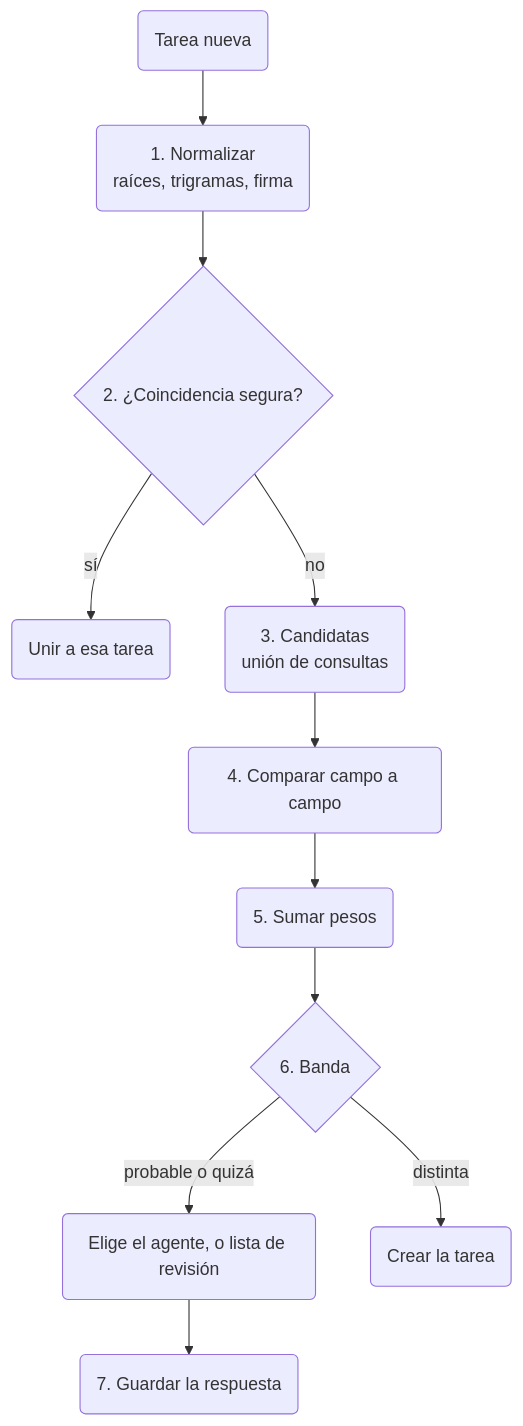
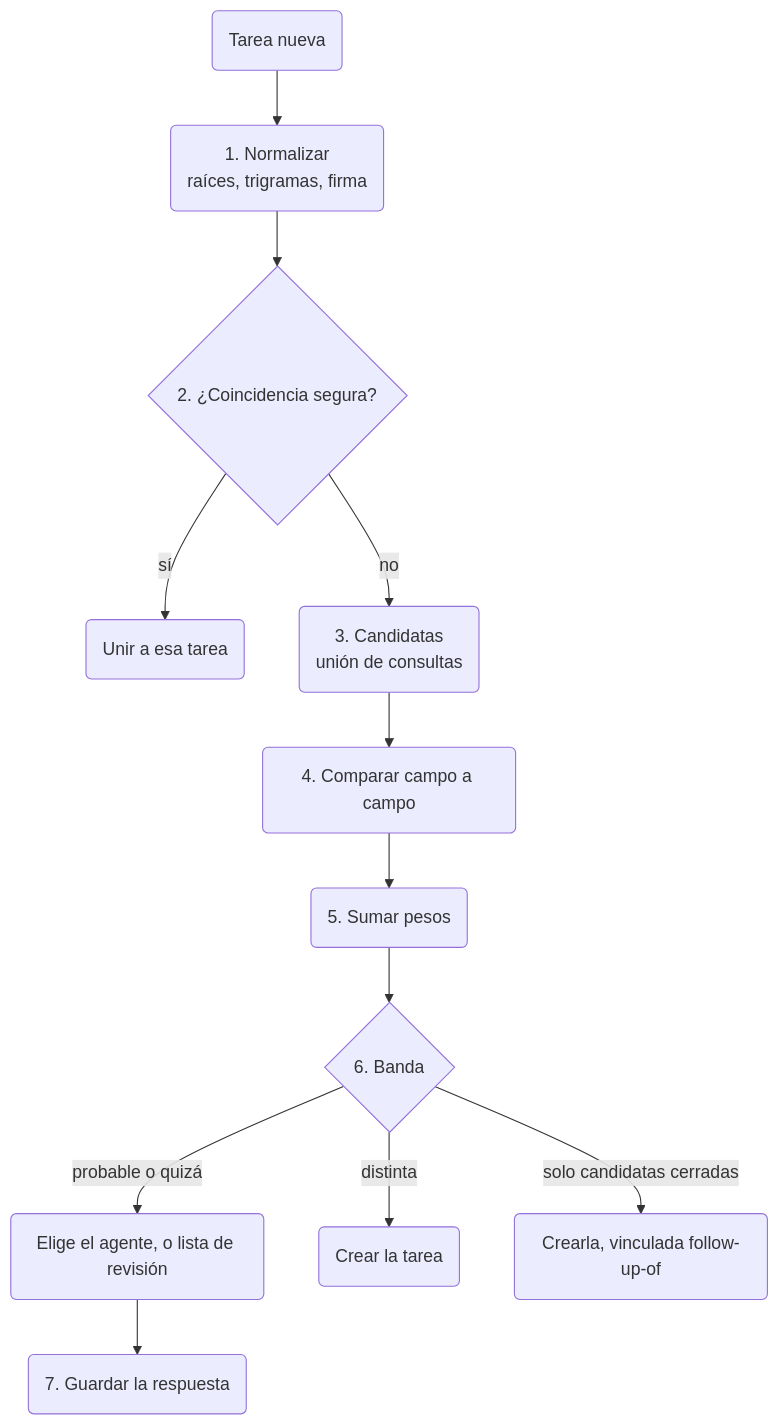
The diagram in content/docs/tasks-architecture.es.mdx (WireCatLabs/cli-docs), drawn with Mermaid before and after one commit. The commit also changed other lines of this file and 17 other files, not shown here.

````diff
--- a/content/docs/tasks-architecture.es.mdx
+++ b/content/docs/tasks-architecture.es.mdx
@@ -139,13 +250,14 @@
 ```mermaid Cómo se comprueba si una tarea nueva es un duplicado
 graph TD
   New("Tarea nueva") --> Norm("1. Normalizar<br>raíces, trigramas, firma")
   Norm --> Certain{"2. ¿Coincidencia segura?"}
   Certain -->|"sí"| Attach("Unir a esa tarea")
   Certain -->|"no"| Cand("3. Candidatas<br>unión de consultas")
   Cand --> Compare("4. Comparar campo a campo")
   Compare --> Score("5. Sumar pesos")
   Score --> Decide{"6. Banda"}
   Decide -->|"probable o quizá"| Ask("Elige el agente, o lista de revisión")
   Decide -->|"distinta"| Create("Crear la tarea")
+  Decide -->|"solo candidatas cerradas"| Follow("Crearla, vinculada follow-up-of")
   Ask --> Learn("7. Guardar la respuesta")
 ```
````
